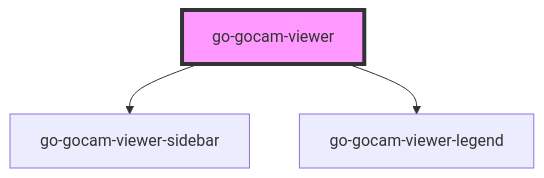
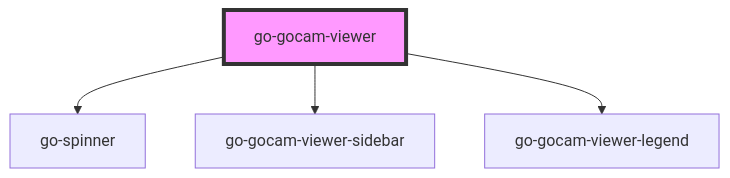
Before and after one commit to geneontology/web-components: the diagram in src/components/gocam-viewer/readme.md, drawn with Mermaid. The commit also changed other lines of this file and 8 other files, not shown here.

````diff
--- a/src/components/gocam-viewer/readme.md
+++ b/src/components/gocam-viewer/readme.md
@@ -174,6 +175,7 @@
 ```mermaid
 graph TD;
+  go-gocam-viewer --> go-spinner
   go-gocam-viewer --> go-gocam-viewer-sidebar
   go-gocam-viewer --> go-gocam-viewer-legend
   style go-gocam-viewer fill:#f9f,stroke:#333,stroke-width:4px
 ```
````
